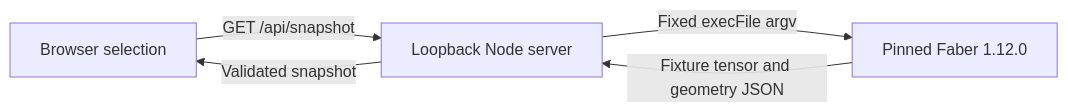
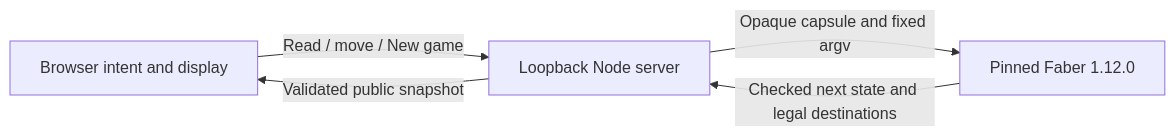
Before and after one commit to aidenzepp/zchess-c: the diagram in README.md, drawn with Mermaid. The commit also changed other lines of this file and 1 other file, not shown here.

Commit message:
Document local match flow and experimental rules

````diff
--- a/README.md
+++ b/README.md
@@ -56,7 +62,7 @@
 ```mermaid
 flowchart LR
-  Browser[Browser selection] -->|GET /api/snapshot| Node[Loopback Node server]
-  Node -->|Fixed execFile argv| Faber[Pinned Faber 1.12.0]
-  Faber -->|Fixture tensor and geometry JSON| Node
-  Node -->|Validated snapshot| Browser
+  Browser[Browser intent and display] -->|Read / move / New game| Node[Loopback Node server]
+  Node -->|Opaque capsule and fixed argv| Faber[Pinned Faber 1.12.0]
+  Faber -->|Checked next state and legal destinations| Node
+  Node -->|Validated public snapshot| Browser
 ```
````
